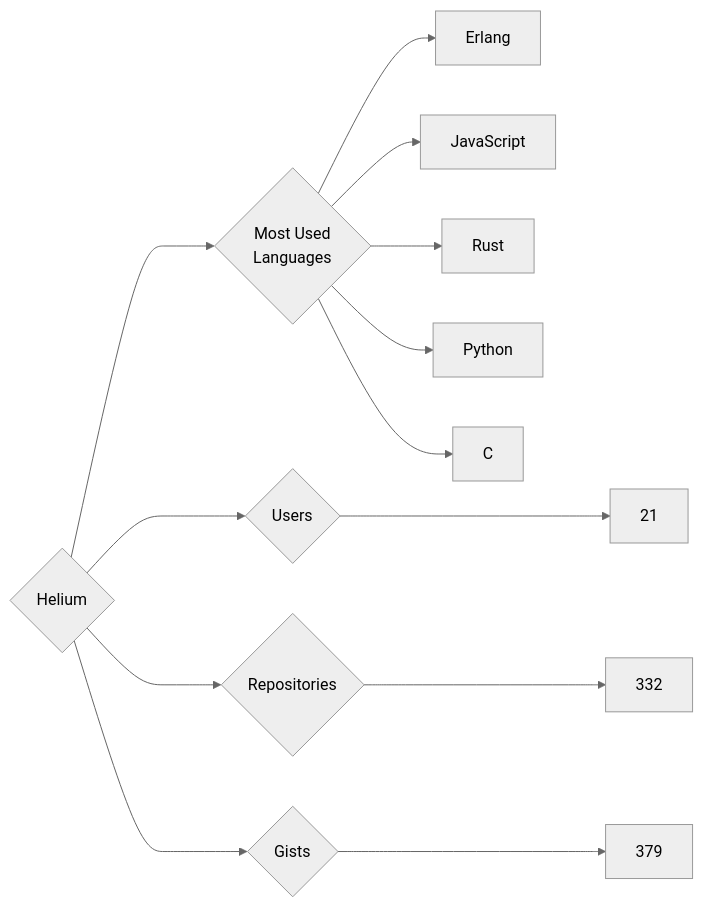
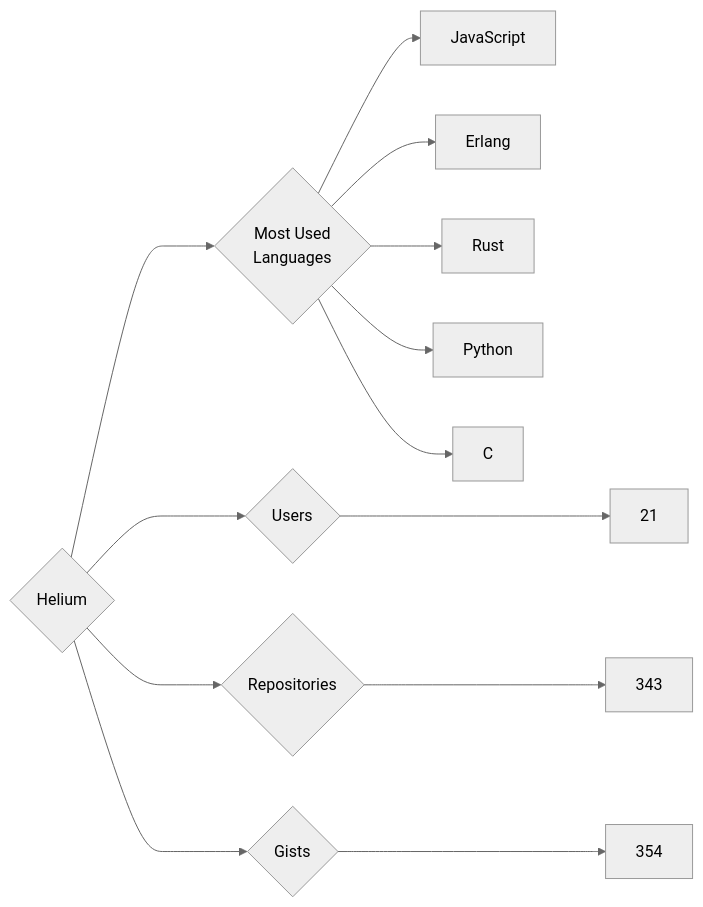
The diagram in targets/Helium/README.md (trickest/insiders), drawn with Mermaid (neutral theme) before and after one commit. The commit also changed 786 other files, not shown here.

````diff
--- a/targets/Helium/README.md
+++ b/targets/Helium/README.md
@@ -3,13 +3,13 @@
 ```mermaid
 graph LR
 COMPANY_NAME{Helium}
 COMPANY_NAME ---> U{Users} ---> UN[21]
-COMPANY_NAME ---> R{Repositories} ---> RN[332]
-COMPANY_NAME ---> G{Gists} ---> GN[379]
+COMPANY_NAME ---> R{Repositories} ---> RN[343]
+COMPANY_NAME ---> G{Gists} ---> GN[354]
 COMPANY_NAME ---> ML{Most Used<br>Languages}
+ML --> JavaScript[JavaScript]
 ML --> Erlang[Erlang]
-ML --> JavaScript[JavaScript]
 ML --> Rust[Rust]
 ML --> Python[Python]
 ML --> C[C]
 ```
````
